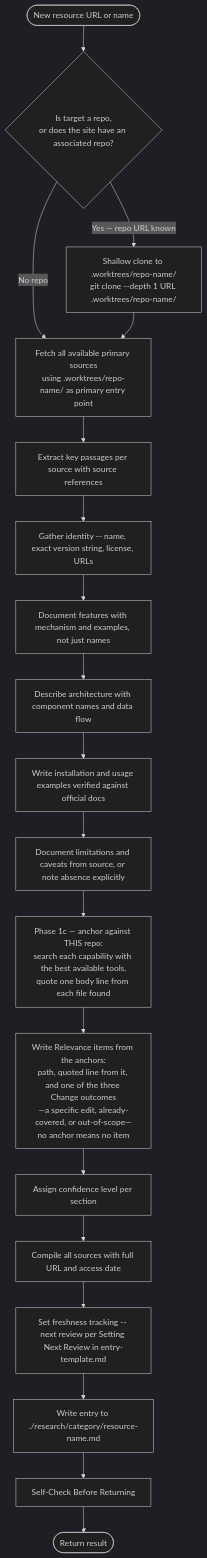
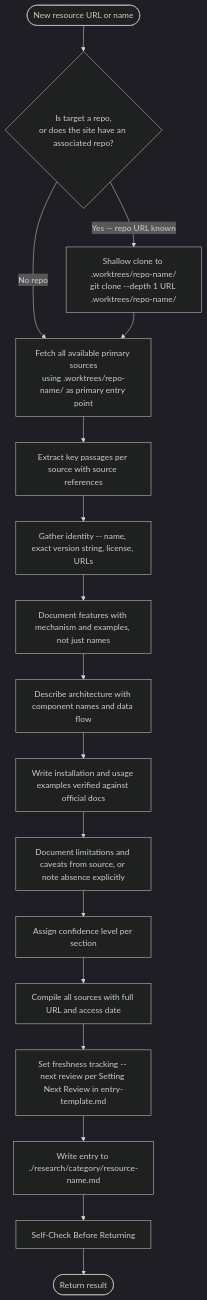
The second of 2 diagrams in .claude/agents/research-curator.md (Jamie-BitFlight/claude_skills), drawn with Mermaid (dark theme) before and after one commit. The commit also changed other lines of this file and 13 other files, not shown here.

````diff
--- a/.claude/agents/research-curator.md
+++ b/.claude/agents/research-curator.md
@@ -179,21 +171,19 @@
 ```mermaid
 flowchart TD
     Start([New resource URL or name]) --> CloneCheck{Is target a repo,<br>or does the site have an associated repo?}
     CloneCheck -->|"Yes — repo URL known"| ShallowClone["Shallow clone to .worktrees/repo-name/<br>git clone --depth 1 URL .worktrees/repo-name/"]
     CloneCheck -->|"No repo"| Fetch[Fetch all available primary sources]
     ShallowClone --> Fetch[Fetch all available primary sources<br>using .worktrees/repo-name/ as primary entry point]
     Fetch --> Extract[Extract key passages per source with source references]
     Extract --> Metadata[Gather identity -- name, exact version string, license, URLs]
     Metadata --> Features[Document features with mechanism and examples, not just names]
     Features --> Architecture[Describe architecture with component names and data flow]
     Architecture --> Usage[Write installation and usage examples verified against official docs]
     Usage --> Limitations[Document limitations and caveats from source, or note absence explicitly]
-    Limitations --> Anchors[Phase 1c — anchor against THIS repo:<br>search each capability with the best available tools,<br>quote one body line from each file found]
-    Anchors --> Relevance[Write Relevance items from the anchors:<br>path, quoted line from it, and one of the three Change outcomes<br>—a specific edit, already-covered, or out-of-scope—<br>no anchor means no item]
-    Relevance --> Confidence[Assign confidence level per section]
+    Limitations --> Confidence[Assign confidence level per section]
     Confidence --> References[Compile all sources with full URL and access date]
     References --> Freshness[Set freshness tracking -- next review per Setting Next Review in entry-template.md]
     Freshness --> WriteFile[Write entry to ./research/category/resource-name.md]
     WriteFile --> SelfCheck[Self-Check Before Returning]
     SelfCheck --> Done([Return result])
 ```
````
